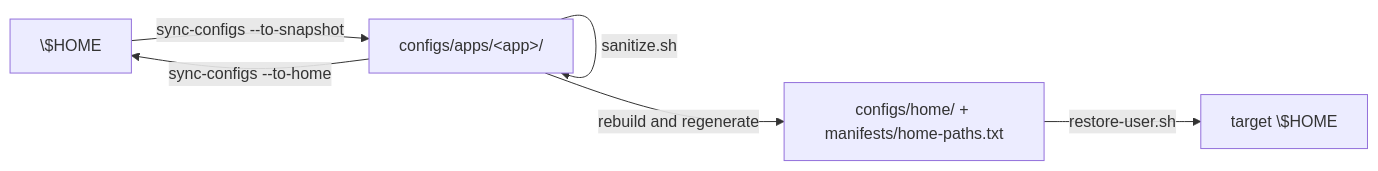
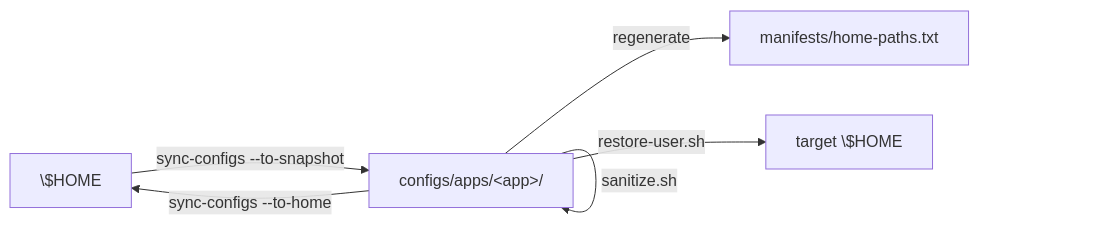
One commit to Eurekaimer/cachyos-config changed the first of 3 diagrams in docs/agents/ARCHITECTURE.md. Above: the diagram before and after it, drawn with Mermaid. The commit also changed other lines of this file and 314 other files, not shown here.

````diff
--- a/docs/agents/ARCHITECTURE.md
+++ b/docs/agents/ARCHITECTURE.md
@@ -47,8 +46,8 @@
 ```mermaid
 flowchart LR
   HOME["\$HOME"] -->|"sync-configs --to-snapshot"| APPS["configs/apps/&lt;app&gt;/"]
   APPS -->|sanitize.sh| APPS
-  APPS -->|"rebuild and regenerate"| GEN["configs/home/ + manifests/home-paths.txt"]
-  GEN -->|restore-user.sh| TARGET["target \$HOME"]
+  APPS -->|"regenerate"| MAN["manifests/home-paths.txt"]
+  APPS -->|restore-user.sh| TARGET["target \$HOME"]
   APPS -->|"sync-configs --to-home"| HOME
 ```
````
